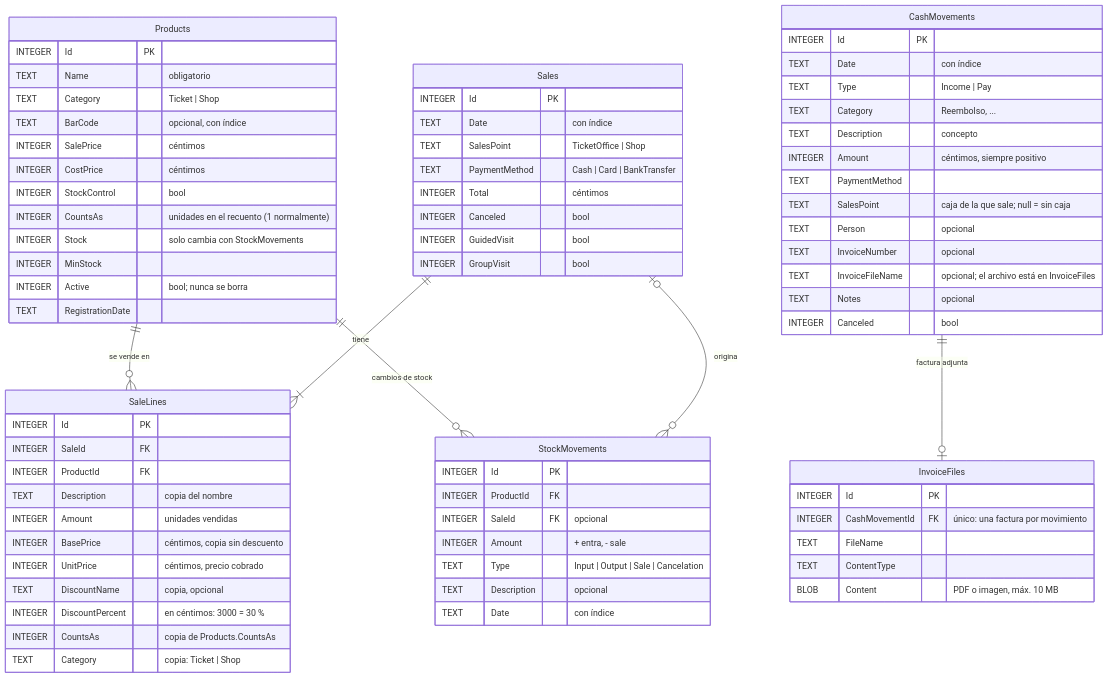
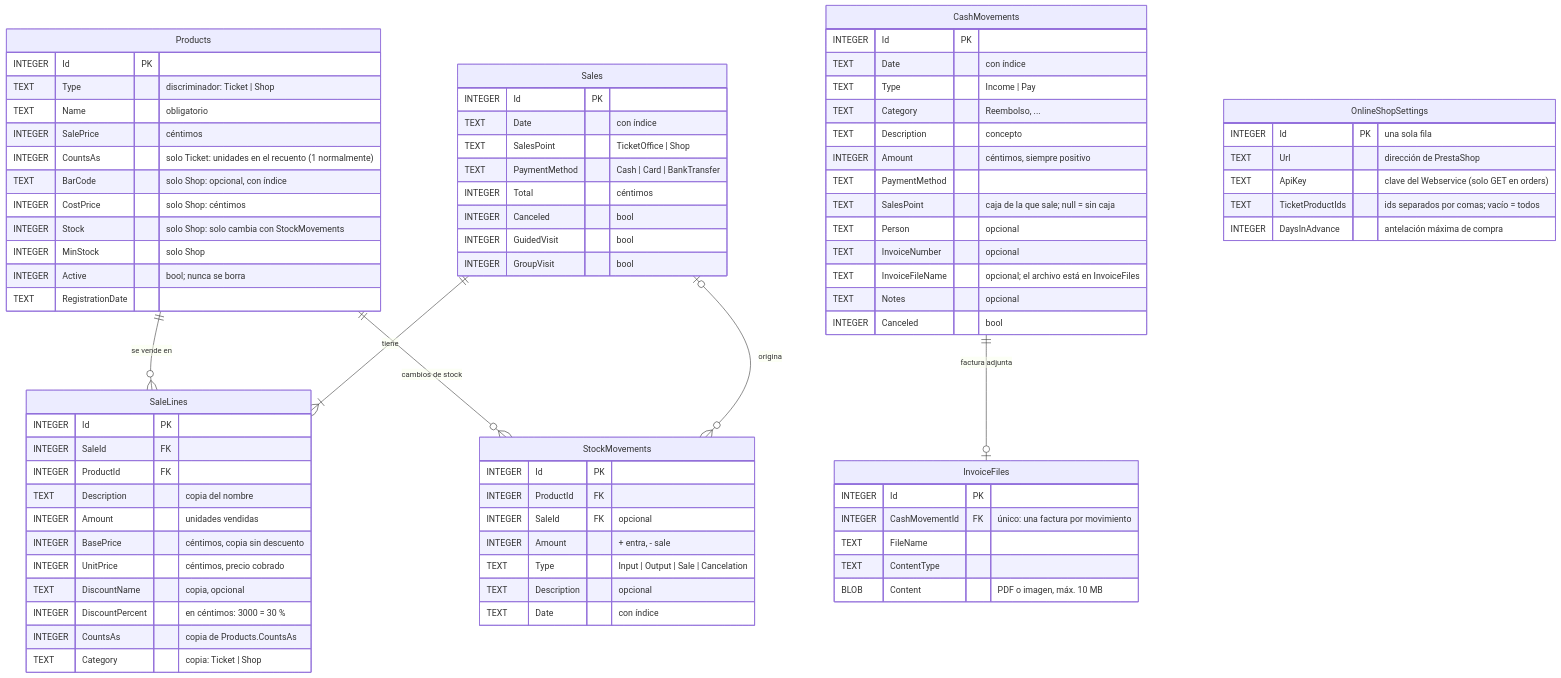
The diagram in docs/base-de-datos.md (Mario-Miguel/quick-inventory), drawn with Mermaid before and after one commit. The commit also changed other lines of this file and 14 other files, not shown here.

Commit message:
added admin module to configure prestashop connection, added ticket shop module to control the tickets sold in the current month

````diff
--- a/docs/base-de-datos.md
+++ b/docs/base-de-datos.md
@@ -18,15 +18,14 @@
 
     Products {
         INTEGER Id PK
+        TEXT Type "discriminador: Ticket | Shop"
         TEXT Name "obligatorio"
-        TEXT Category "Ticket | Shop"
-        TEXT BarCode "opcional, con índice"
         INTEGER SalePrice "céntimos"
-        INTEGER CostPrice "céntimos"
-        INTEGER StockControl "bool"
-        INTEGER CountsAs "unidades en el recuento (1 normalmente)"
-        INTEGER Stock "solo cambia con StockMovements"
-        INTEGER MinStock
+        INTEGER CountsAs "solo Ticket: unidades en el recuento (1 normalmente)"
+        TEXT BarCode "solo Shop: opcional, con índice"
+        INTEGER CostPrice "solo Shop: céntimos"
+        INTEGER Stock "solo Shop: solo cambia con StockMovements"
+        INTEGER MinStock "solo Shop"
         INTEGER Active "bool; nunca se borra"
         TEXT RegistrationDate
     }
@@ -89,4 +88,12 @@
         TEXT ContentType
         BLOB Content "PDF o imagen, máx. 10 MB"
     }
+
+    OnlineShopSettings {
+        INTEGER Id PK "una sola fila"
+        TEXT Url "dirección de PrestaShop"
+        TEXT ApiKey "clave del Webservice (solo GET en orders)"
+        TEXT TicketProductIds "ids separados por comas; vacío = todos"
+        INTEGER DaysInAdvance "antelación máxima de compra"
+    }
 ```
````
